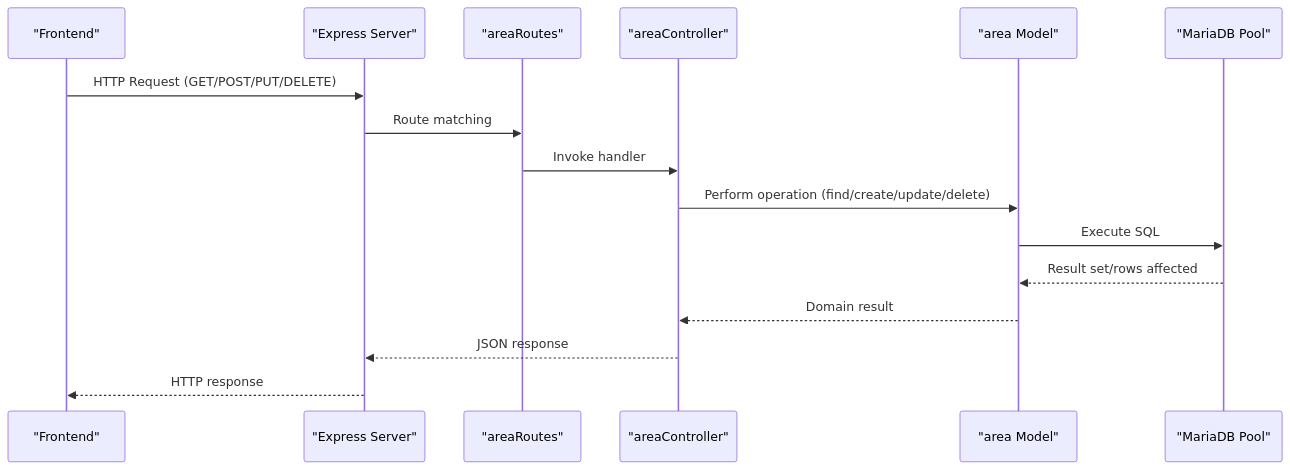
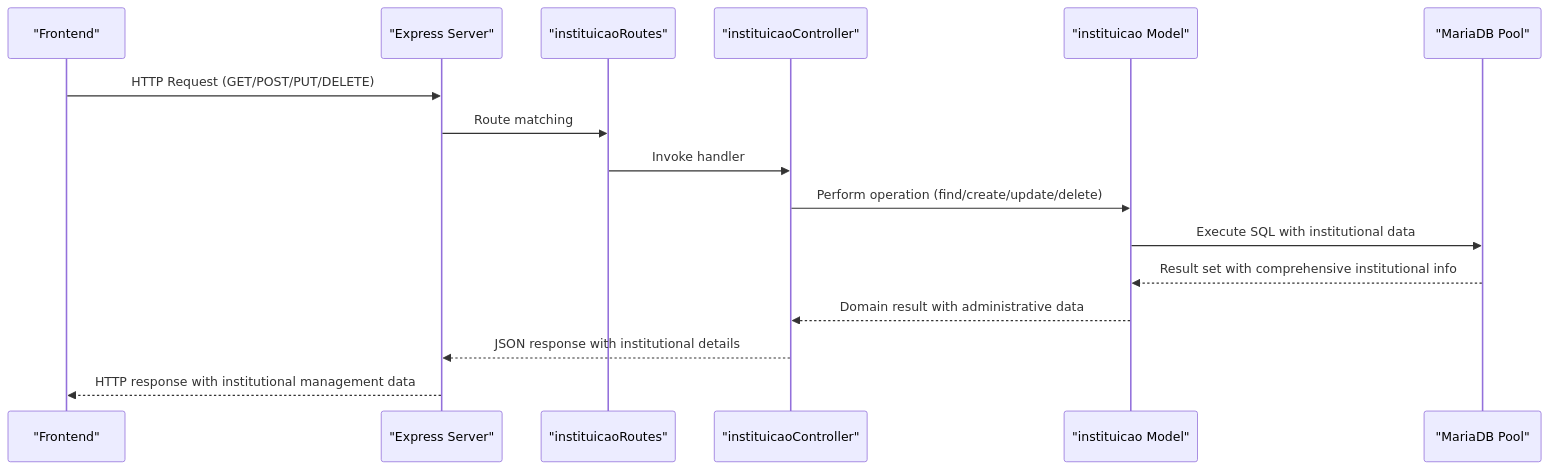
The second of 6 diagrams in .qoder/repowiki/en/content/Core Features Implementation/Institutional Management.md (luiseduacosta/nodemural), drawn with Mermaid before and after one commit. The commit also changed other lines of this file and 27 other files, not shown here.

````diff
--- a/.qoder/repowiki/en/content/Core Features Implementation/Institutional Management.md
+++ b/.qoder/repowiki/en/content/Core Features Implementation/Institutional Management.md
@@ -118,18 +144,18 @@
 ```mermaid
 sequenceDiagram
 participant FE as "Frontend"
 participant SRV as "Express Server"
-participant RT as "areaRoutes"
-participant CTL as "areaController"
-participant MDL as "area Model"
+participant RT as "instituicaoRoutes"
+participant CTL as "instituicaoController"
+participant MDL as "instituicao Model"
 participant DB as "MariaDB Pool"
 FE->>SRV : HTTP Request (GET/POST/PUT/DELETE)
 SRV->>RT : Route matching
 RT->>CTL : Invoke handler
 CTL->>MDL : Perform operation (find/create/update/delete)
-MDL->>DB : Execute SQL
-DB-->>MDL : Result set/rows affected
-MDL-->>CTL : Domain result
-CTL-->>SRV : JSON response
-SRV-->>FE : HTTP response
+MDL->>DB : Execute SQL with institutional data
+DB-->>MDL : Result set with comprehensive institutional info
+MDL-->>CTL : Domain result with administrative data
+CTL-->>SRV : JSON response with institutional details
+SRV-->>FE : HTTP response with institutional management data
 ```
````
